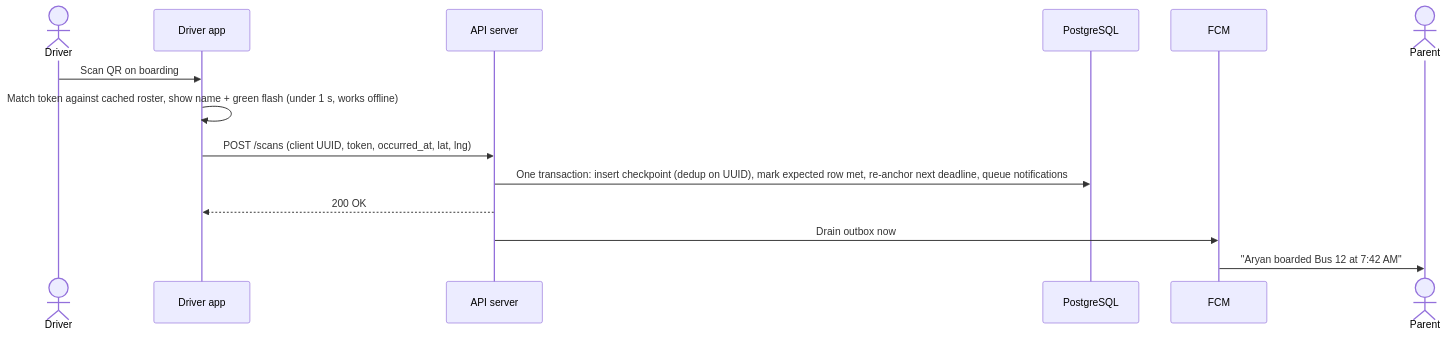
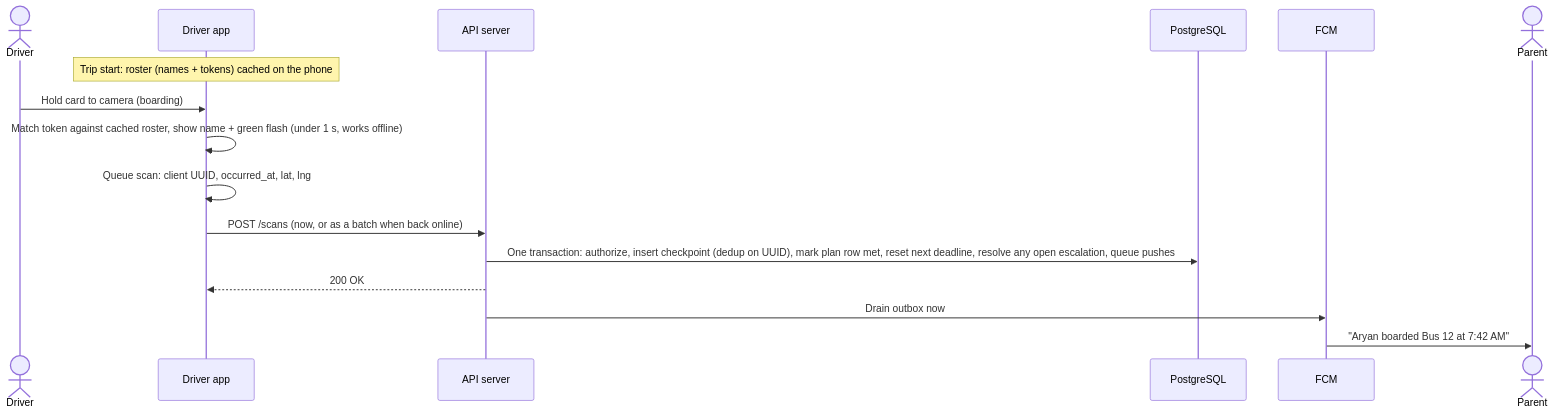
The second of 5 diagrams in architecture/PROTOTYPE_ARCHITECTURE.md (alinoorul/studesafe), drawn with Mermaid before and after one commit. The commit also changed other lines of this file, not shown here.

First line of the commit message:
Prototype: document the full card-scan flow and add a Limitations section

````diff
--- a/architecture/PROTOTYPE_ARCHITECTURE.md
+++ b/architecture/PROTOTYPE_ARCHITECTURE.md
@@ -348,17 +414,19 @@
 ```mermaid
 sequenceDiagram
     actor Driver
     participant App as Driver app
     participant API as API server
     participant DB as PostgreSQL
     participant FCM as FCM
     actor Parent
 
-    Driver->>App: Scan QR on boarding
+    Note over App: Trip start: roster (names + tokens) cached on the phone
+    Driver->>App: Hold card to camera (boarding)
     App->>App: Match token against cached roster, show name + green flash (under 1 s, works offline)
-    App->>API: POST /scans (client UUID, token, occurred_at, lat, lng)
-    API->>DB: One transaction: insert checkpoint (dedup on UUID), mark expected row met, re-anchor next deadline, queue notifications
+    App->>App: Queue scan: client UUID, occurred_at, lat, lng
+    App->>API: POST /scans (now, or as a batch when back online)
+    API->>DB: One transaction: authorize, insert checkpoint (dedup on UUID), mark plan row met, reset next deadline, resolve any open escalation, queue pushes
     API-->>App: 200 OK
     API->>FCM: Drain outbox now
     FCM->>Parent: "Aryan boarded Bus 12 at 7:42 AM"
 ```
````
